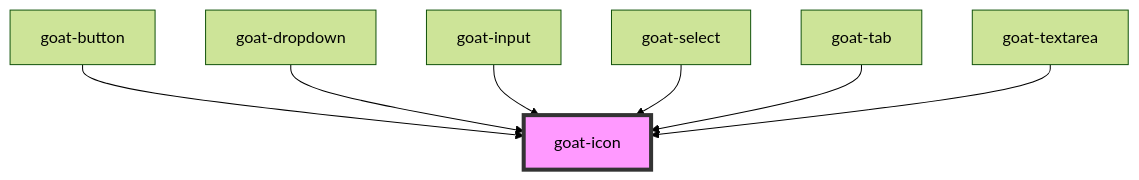
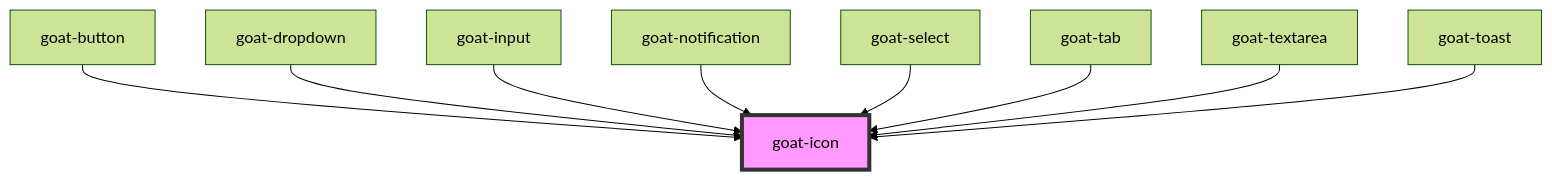
One commit to goatui/components changed the diagram in src/components/content/icon/readme.md. Above: the diagram before and after it, drawn with Mermaid (forest theme). The commit also changed other lines of this file and 314 other files, not shown here.

Commit message:
notification, toast component implementations + style fixes

````diff
--- a/src/components/content/icon/readme.md
+++ b/src/components/content/icon/readme.md
@@ -28,10 +30,12 @@
 ```mermaid
 graph TD;
   goat-button --> goat-icon
   goat-dropdown --> goat-icon
   goat-input --> goat-icon
+  goat-notification --> goat-icon
   goat-select --> goat-icon
   goat-tab --> goat-icon
   goat-textarea --> goat-icon
+  goat-toast --> goat-icon
   style goat-icon fill:#f9f,stroke:#333,stroke-width:4px
 ```
````
